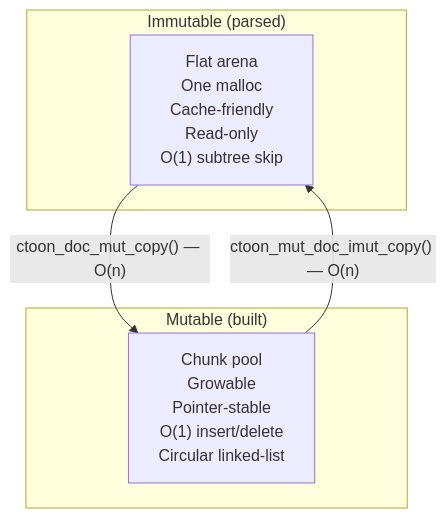
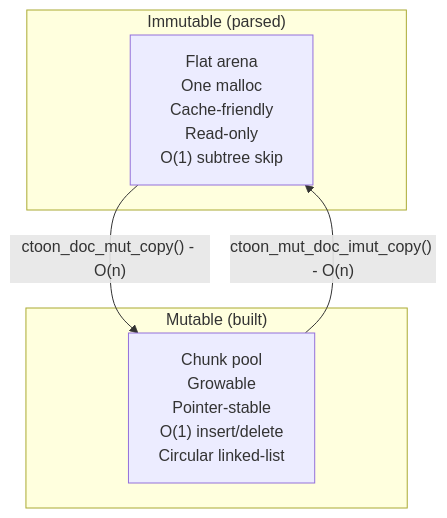
One commit to MohammadRaziei/ctoon changed the fifth of 7 diagrams in TECHNICAL.md. Above: the diagram before and after it, drawn with Mermaid. The commit also changed other lines of this file and 148 other files, not shown here.

````diff
--- a/TECHNICAL.md
+++ b/TECHNICAL.md
@@ -194,11 +194,11 @@
 ```mermaid
 graph TD
     subgraph "Immutable (parsed)"
         IA["Flat arena\nOne malloc\nCache-friendly\nRead-only\nO(1) subtree skip"]
     end
     subgraph "Mutable (built)"
         MA["Chunk pool\nGrowable\nPointer-stable\nO(1) insert/delete\nCircular linked-list"]
     end
-    IA -->|"ctoon_doc_mut_copy() — O(n)"| MA
-    MA -->|"ctoon_mut_doc_imut_copy() — O(n)"| IA
+    IA -->|"ctoon_doc_mut_copy() - O(n)"| MA
+    MA -->|"ctoon_mut_doc_imut_copy() - O(n)"| IA
 ```
````
